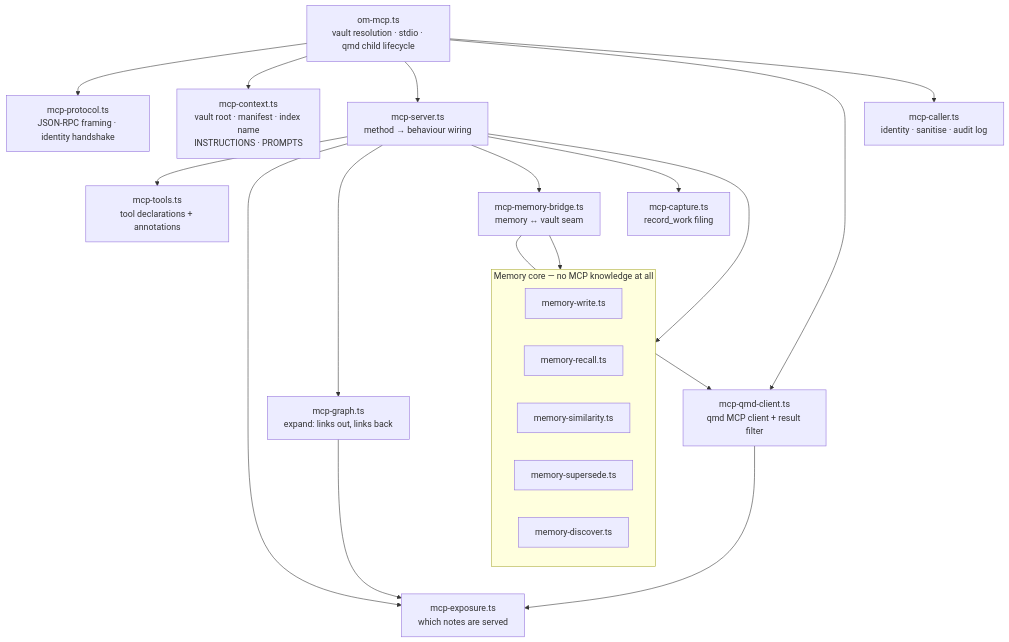
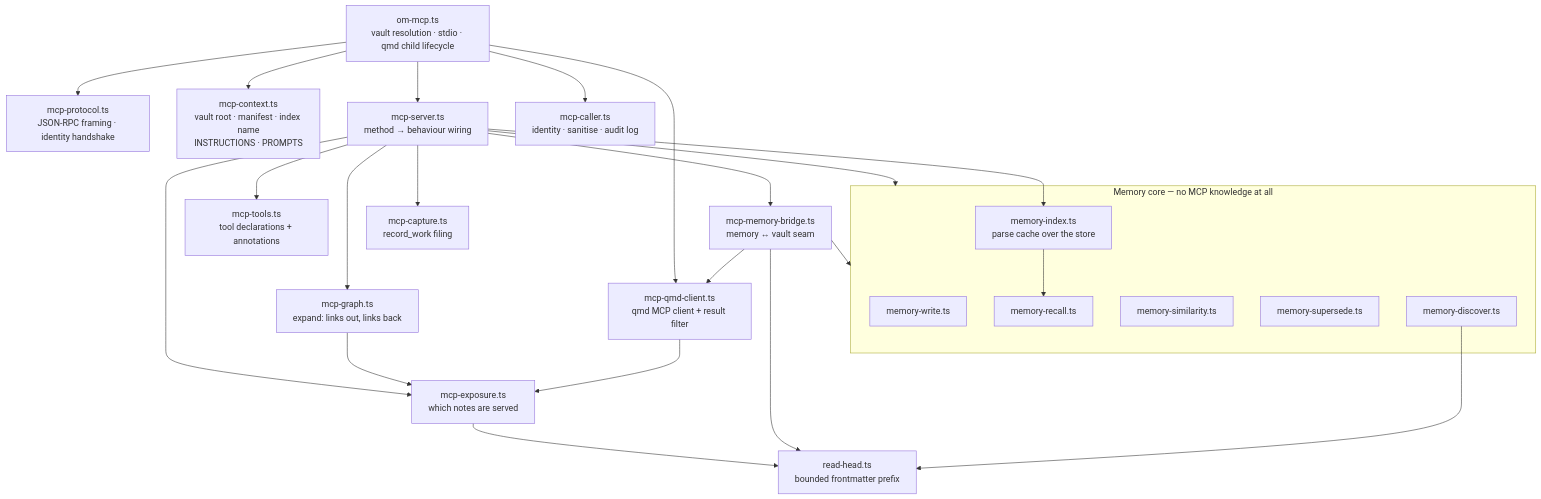
One commit to OfirGavish/obsidian-mind changed the seventh of 19 diagrams in ARCHITECTURE.md. Above: the diagram before and after it, drawn with Mermaid. The commit also changed other lines of this file and 12 other files, not shown here.

First line of the commit message:
perf: (memory) cache the parse, and stop reading whole files to see their head (#162)

````diff
--- a/ARCHITECTURE.md
+++ b/ARCHITECTURE.md
@@ -380,37 +380,44 @@
 ```mermaid
 flowchart TB
     Entry["om-mcp.ts<br/>vault resolution · stdio · qmd child lifecycle"]
     Proto["mcp-protocol.ts<br/>JSON-RPC framing · identity handshake"]
     Ctx["mcp-context.ts<br/>vault root · manifest · index name<br/>INSTRUCTIONS · PROMPTS"]
     Server["mcp-server.ts<br/>method → behaviour wiring"]
     Tools["mcp-tools.ts<br/>tool declarations + annotations"]
     Exp["mcp-exposure.ts<br/>which notes are served"]
     Qmd["mcp-qmd-client.ts<br/>qmd MCP client + result filter"]
     Graph["mcp-graph.ts<br/>expand: links out, links back"]
     Caller["mcp-caller.ts<br/>identity · sanitise · audit log"]
     Bridge["mcp-memory-bridge.ts<br/>memory ↔ vault seam"]
     Capture["mcp-capture.ts<br/>record_work filing"]
+    RH["read-head.ts<br/>bounded frontmatter prefix"]
     subgraph Core["Memory core — no MCP knowledge at all"]
         MW["memory-write.ts"]
         MR["memory-recall.ts"]
         MS["memory-similarity.ts"]
         MSup["memory-supersede.ts"]
         MD["memory-discover.ts"]
+        Idx["memory-index.ts<br/>parse cache over the store"]
     end
 
     Entry --> Proto
     Entry --> Ctx
     Entry --> Server
     Entry --> Qmd
     Entry --> Caller
     Server --> Tools
     Server --> Exp
     Server --> Graph
     Server --> Bridge
     Server --> Capture
+    Server --> Idx
     Server --> Core
+    Idx --> MR
     Graph --> Exp
     Qmd --> Exp
     Bridge --> Core
     Bridge --> Qmd
+    Exp --> RH
+    Bridge --> RH
+    MD --> RH
 ```
````
